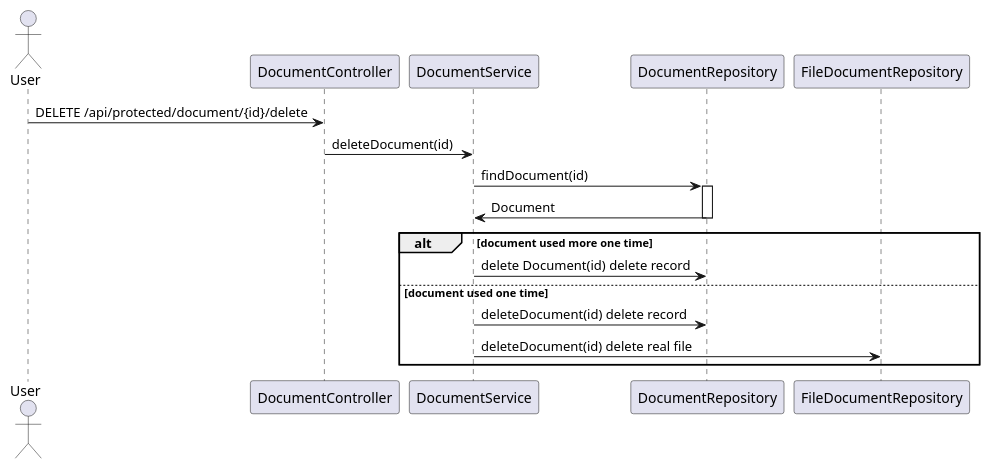
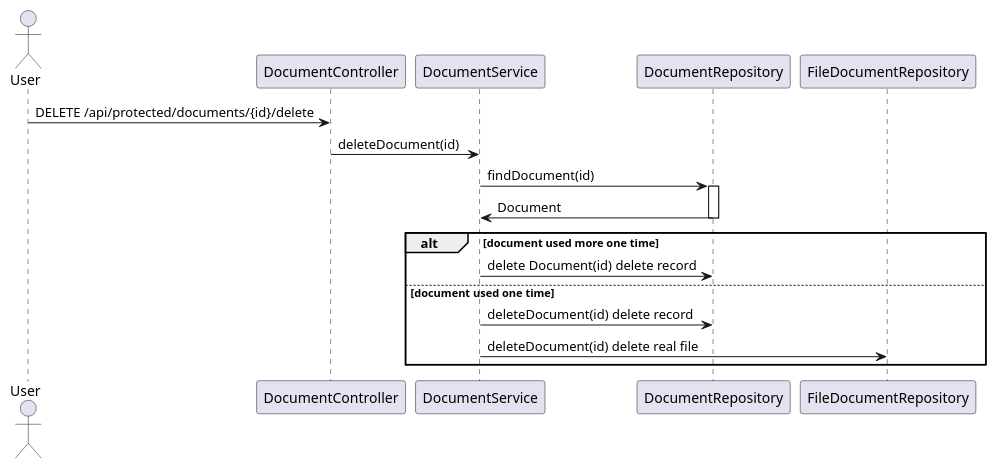
The diagram in docs/documents/delete_document.puml (LiashenkoAndrey/miloverada.gov.ua), drawn with PlantUML before and after one commit. The commit also changed 1 other file, not shown here.

Commit message:
upd diagram

```diff
--- a/docs/documents/delete_document.puml
+++ b/docs/documents/delete_document.puml
@@ -1,22 +1,22 @@
 @startuml
 actor User
 participant DocumentController
 participant DocumentService
 participant DocumentRepository
 
-User -> DocumentController : DELETE /api/protected/document/{id}/delete
+User -> DocumentController : DELETE /api/protected/documents/{id}/delete
 
 DocumentController -> DocumentService : deleteDocument(id)
 DocumentService -> DocumentRepository : findDocument(id)
 activate DocumentRepository
 DocumentRepository -> DocumentService : Document
 deactivate DocumentRepository
 
 alt document used more one time
   DocumentService -> DocumentRepository : delete Document(id) delete record
 else document used one time
   DocumentService -> DocumentRepository : deleteDocument(id) delete record
   DocumentService -> FileDocumentRepository : deleteDocument(id) delete real file
 end
 
 @enduml
```
